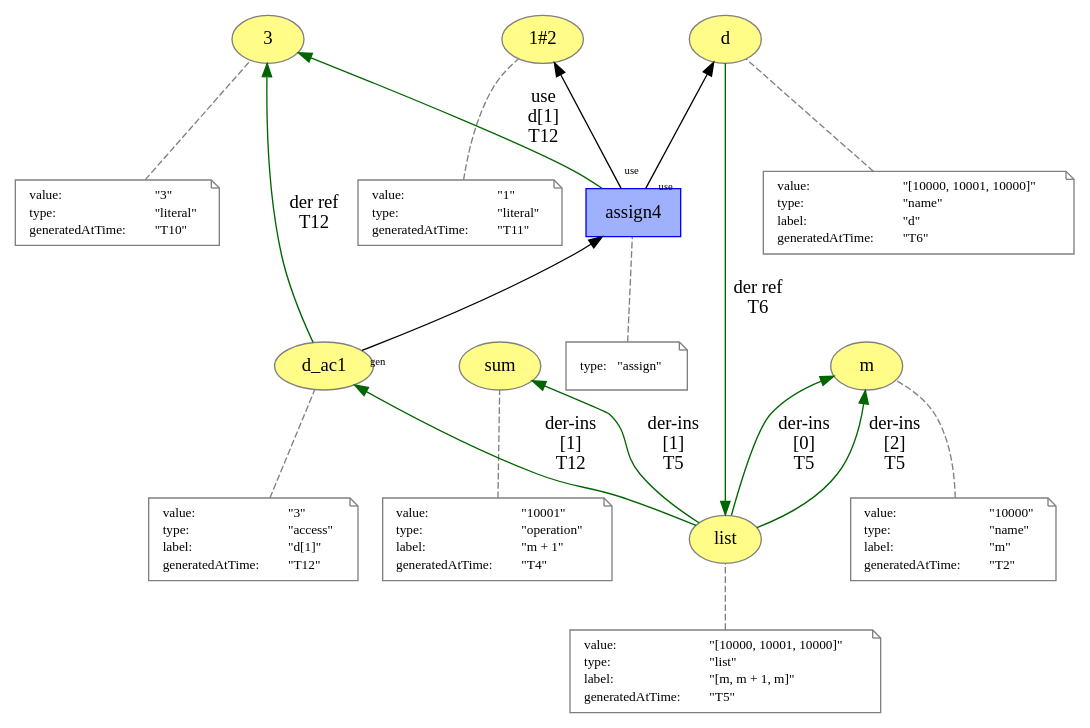
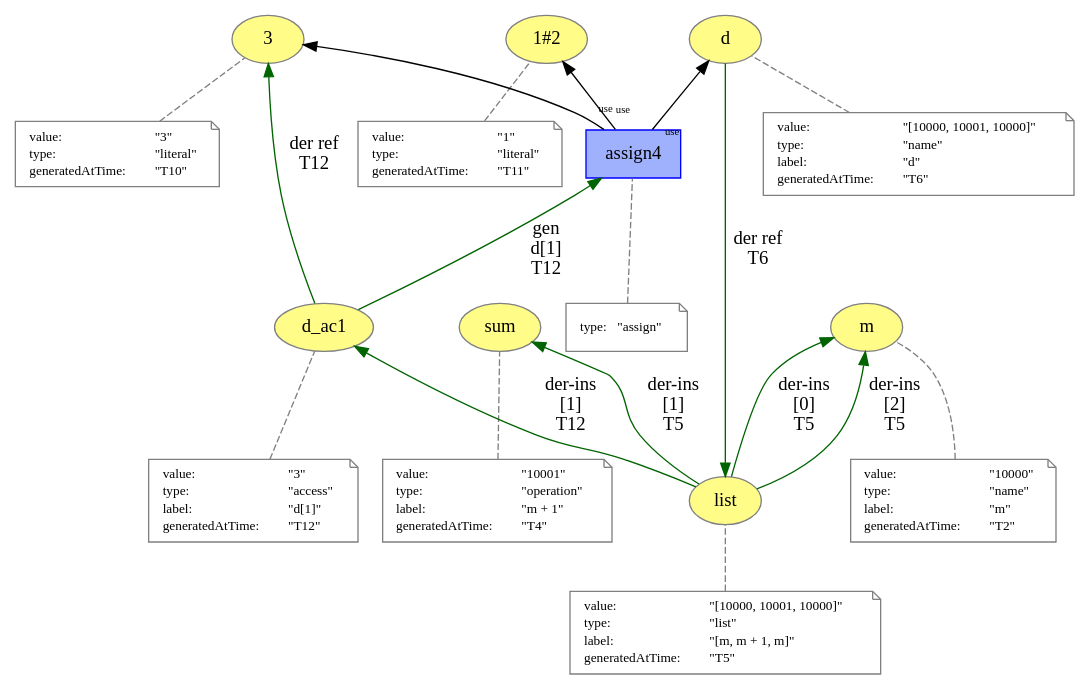
The diagram in versioned_prov/part_assign.dot (dew-uff/versioned-prov), drawn with Graphviz before and after one commit. The commit also changed 501 other files, not shown here.

```diff
--- a/versioned_prov/part_assign.dot
+++ b/versioned_prov/part_assign.dot
@@ -1,164 +1,164 @@
 digraph "PROV" { size="16,12"; rankdir="BT";
 "http://example.org/m" [fillcolor="#FFFC87",color="#808080",style="filled",label="m",URL="http://example.org/m"]
 "-attrs0" [color="gray",shape="note",fontsize="10",fontcolor="black",label=<<TABLE cellpadding="0" border="0">
 	<TR>
 	    <TD align="left">value:</TD>
 	    <TD align="left">&quot;10000&quot;</TD>
 	</TR>
 	<TR>
 	    <TD align="left">type:</TD>
 	    <TD align="left">&quot;name&quot;</TD>
 	</TR>
 	<TR>
 	    <TD align="left">label:</TD>
 	    <TD align="left">&quot;m&quot;</TD>
 	</TR>
 	<TR>
 	    <TD align="left">generatedAtTime:</TD>
 	    <TD align="left">&quot;T2&quot;</TD>
 	</TR>
 </TABLE>>]
 "-attrs0" -> "http://example.org/m" [color="gray",style="dashed",arrowhead="none"]
 "http://example.org/sum" [fillcolor="#FFFC87",color="#808080",style="filled",label="sum",URL="http://example.org/sum"]
 "-attrs1" [color="gray",shape="note",fontsize="10",fontcolor="black",label=<<TABLE cellpadding="0" border="0">
 	<TR>
 	    <TD align="left">value:</TD>
 	    <TD align="left">&quot;10001&quot;</TD>
 	</TR>
 	<TR>
 	    <TD align="left">type:</TD>
 	    <TD align="left">&quot;operation&quot;</TD>
 	</TR>
 	<TR>
 	    <TD align="left">label:</TD>
 	    <TD align="left">&quot;m + 1&quot;</TD>
 	</TR>
 	<TR>
 	    <TD align="left">generatedAtTime:</TD>
 	    <TD align="left">&quot;T4&quot;</TD>
 	</TR>
 </TABLE>>]
 "-attrs1" -> "http://example.org/sum" [color="gray",style="dashed",arrowhead="none"]
 "http://example.org/list" [fillcolor="#FFFC87",color="#808080",style="filled",label="list",URL="http://example.org/list"]
 "-attrs2" [color="gray",shape="note",fontsize="10",fontcolor="black",label=<<TABLE cellpadding="0" border="0">
 	<TR>
 	    <TD align="left">value:</TD>
 	    <TD align="left">&quot;[10000, 10001, 10000]&quot;</TD>
 	</TR>
 	<TR>
 	    <TD align="left">type:</TD>
 	    <TD align="left">&quot;list&quot;</TD>
 	</TR>
 	<TR>
 	    <TD align="left">label:</TD>
 	    <TD align="left">&quot;[m, m + 1, m]&quot;</TD>
 	</TR>
 	<TR>
 	    <TD align="left">generatedAtTime:</TD>
 	    <TD align="left">&quot;T5&quot;</TD>
 	</TR>
 </TABLE>>]
 "-attrs2" -> "http://example.org/list" [color="gray",style="dashed",arrowhead="none"]
 "http://example.org/list" -> "http://example.org/m" [labelfontsize="8",labeldistance="1.5",color="darkgreen",labelangle="60.0",rotation="20",label="der-ins
 [0]
 T5"]
 "http://example.org/list" -> "http://example.org/sum" [labelfontsize="8",labeldistance="1.5",color="darkgreen",labelangle="60.0",rotation="20",label="der-ins
 [1]
 T5"]
 "http://example.org/list" -> "http://example.org/m" [labelfontsize="8",labeldistance="1.5",color="darkgreen",labelangle="60.0",rotation="20",label="der-ins
 [2]
 T5"]
 "http://example.org/d" [fillcolor="#FFFC87",color="#808080",style="filled",label="d",URL="http://example.org/d"]
 "-attrs3" [color="gray",shape="note",fontsize="10",fontcolor="black",label=<<TABLE cellpadding="0" border="0">
 	<TR>
 	    <TD align="left">value:</TD>
 	    <TD align="left">&quot;[10000, 10001, 10000]&quot;</TD>
 	</TR>
 	<TR>
 	    <TD align="left">type:</TD>
 	    <TD align="left">&quot;name&quot;</TD>
 	</TR>
 	<TR>
 	    <TD align="left">label:</TD>
 	    <TD align="left">&quot;d&quot;</TD>
 	</TR>
 	<TR>
 	    <TD align="left">generatedAtTime:</TD>
 	    <TD align="left">&quot;T6&quot;</TD>
 	</TR>
 </TABLE>>]
 "-attrs3" -> "http://example.org/d" [color="gray",style="dashed",arrowhead="none"]
 "http://example.org/d" -> "http://example.org/list" [labelfontsize="8",labeldistance="1.5",color="darkgreen",labelangle="60.0",rotation="20",label="der ref
 T6"]
 "http://example.org/3" [fillcolor="#FFFC87",color="#808080",style="filled",label="3",URL="http://example.org/3"]
 "-attrs4" [color="gray",shape="note",fontsize="10",fontcolor="black",label=<<TABLE cellpadding="0" border="0">
 	<TR>
 	    <TD align="left">value:</TD>
 	    <TD align="left">&quot;3&quot;</TD>
 	</TR>
 	<TR>
 	    <TD align="left">type:</TD>
 	    <TD align="left">&quot;literal&quot;</TD>
 	</TR>
 	<TR>
 	    <TD align="left">generatedAtTime:</TD>
 	    <TD align="left">&quot;T10&quot;</TD>
 	</TR>
 </TABLE>>]
 "-attrs4" -> "http://example.org/3" [color="gray",style="dashed",arrowhead="none"]
 "http://example.org/1#2" [fillcolor="#FFFC87",color="#808080",style="filled",label="1#2",URL="http://example.org/1#2"]
 "-attrs5" [color="gray",shape="note",fontsize="10",fontcolor="black",label=<<TABLE cellpadding="0" border="0">
 	<TR>
 	    <TD align="left">value:</TD>
 	    <TD align="left">&quot;1&quot;</TD>
 	</TR>
 	<TR>
 	    <TD align="left">type:</TD>
 	    <TD align="left">&quot;literal&quot;</TD>
 	</TR>
 	<TR>
 	    <TD align="left">generatedAtTime:</TD>
 	    <TD align="left">&quot;T11&quot;</TD>
 	</TR>
 </TABLE>>]
 "-attrs5" -> "http://example.org/1#2" [color="gray",style="dashed",arrowhead="none"]
 "http://example.org/d_ac1" [fillcolor="#FFFC87",color="#808080",style="filled",label="d_ac1",URL="http://example.org/d_ac1"]
 "-attrs6" [color="gray",shape="note",fontsize="10",fontcolor="black",label=<<TABLE cellpadding="0" border="0">
 	<TR>
 	    <TD align="left">value:</TD>
 	    <TD align="left">&quot;3&quot;</TD>
 	</TR>
 	<TR>
 	    <TD align="left">type:</TD>
 	    <TD align="left">&quot;access&quot;</TD>
 	</TR>
 	<TR>
 	    <TD align="left">label:</TD>
 	    <TD align="left">&quot;d[1]&quot;</TD>
 	</TR>
 	<TR>
 	    <TD align="left">generatedAtTime:</TD>
 	    <TD align="left">&quot;T12&quot;</TD>
 	</TR>
 </TABLE>>]
 "-attrs6" -> "http://example.org/d_ac1" [color="gray",style="dashed",arrowhead="none"]
 "http://example.org/list" -> "http://example.org/d_ac1" [labelfontsize="8",labeldistance="1.5",color="darkgreen",labelangle="60.0",rotation="20",label="der-ins
 [1]
 T12"]
 "http://example.org/assign4" [fillcolor="#9FB1FC",color="#0000FF",shape="polygon",sides="4",style="filled",label="assign4",URL="http://example.org/assign4"]
 "-attrs7" [color="gray",shape="note",fontsize="10",fontcolor="black",label=<<TABLE cellpadding="0" border="0">
 	<TR>
 	    <TD align="left">type:</TD>
 	    <TD align="left">&quot;assign&quot;</TD>
 	</TR>
 </TABLE>>]
 "-attrs7" -> "http://example.org/assign4" [color="gray",style="dashed",arrowhead="none"]
 "http://example.org/assign4" -> "http://example.org/d" [labelfontsize="8",labeldistance="1.5",labelangle="60.0",rotation="20",taillabel="use"]
 "http://example.org/assign4" -> "http://example.org/1#2" [labelfontsize="8",labeldistance="1.5",labelangle="60.0",rotation="20",taillabel="use"]
-"http://example.org/assign4" -> "http://example.org/3" [labelfontsize="8",labeldistance="1.5",color="darkgreen",labelangle="60.0",rotation="20",label="use
+"http://example.org/assign4" -> "http://example.org/3" [labelfontsize="8",labeldistance="1.5",labelangle="60.0",rotation="20",taillabel="use"]
+"http://example.org/d_ac1" -> "http://example.org/assign4" [labelfontsize="8",labeldistance="1.5",color="darkgreen",labelangle="60.0",rotation="20",label="gen
 d[1]
 T12"]
-"http://example.org/d_ac1" -> "http://example.org/assign4" [labelfontsize="8",labeldistance="1.5",labelangle="60.0",rotation="20",taillabel="gen"]
 "http://example.org/d_ac1" -> "http://example.org/3" [labelfontsize="8",labeldistance="1.5",color="darkgreen",labelangle="60.0",rotation="20",label="der ref
 T12"]
 }
```
